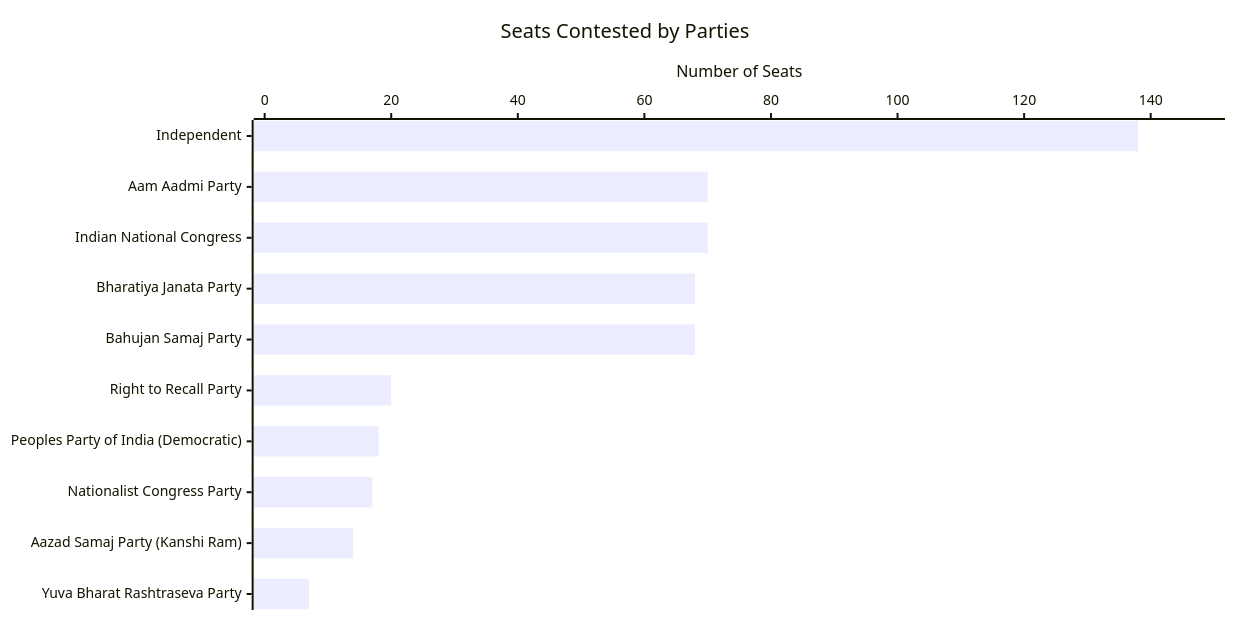
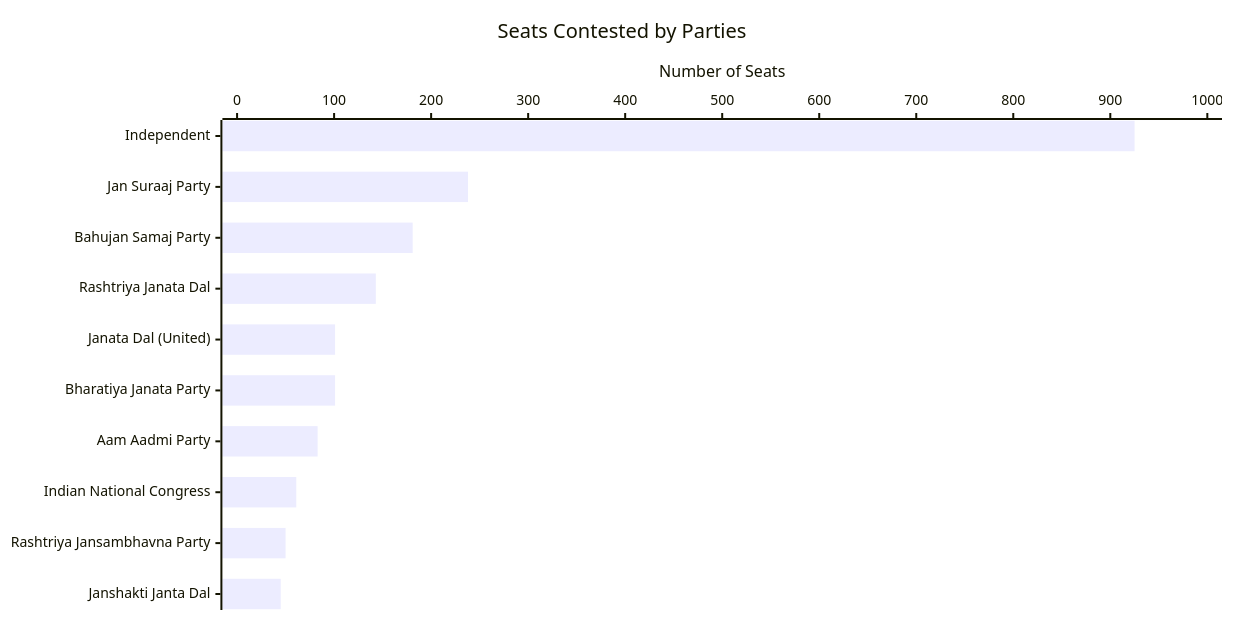
The first of 23 diagrams in BIHAR-GRAPH.md (arjunswaj/elections), drawn with Mermaid before and after one commit. The commit also changed 2 other files, not shown here.

Commit message:
01 Number Of Candidates

````diff
--- a/BIHAR-GRAPH.md
+++ b/BIHAR-GRAPH.md
@@ -53,17 +53,17 @@
 ```mermaid
 ---
 config:
     xyChart:
         width: 1200
         height: 600
         chartOrientation: horizontal
         dataLabels:
             enabled: true
             placement: end
 ---
 xychart-beta
     title "Seats Contested by Parties"
-    x-axis ["Independent", "Aam Aadmi Party", "Indian National Congress", "Bharatiya Janata Party", "Bahujan Samaj Party", "Right to Recall Party", "Peoples Party of India (Democratic)", "Nationalist Congress Party", "Aazad Samaj Party (Kanshi Ram)", "Yuva Bharat Rashtraseva Party"]
-    y-axis "Number of Seats" 0 --> 150
-    bar [138, 70, 70, 68, 68, 20, 18, 17, 14, 7]
+    x-axis ["Independent", "Jan Suraaj Party", "Bahujan Samaj Party", "Rashtriya Janata Dal", "Janata Dal (United)", "Bharatiya Janata Party", "Aam Aadmi Party", "Indian National Congress", "Rashtriya Jansambhavna Party", "Janshakti Janta Dal"]
+    y-axis "Number of Seats" 0 --> 1000
+    bar [925, 238, 181, 143, 101, 101, 83, 61, 50, 45]
 ```
````
